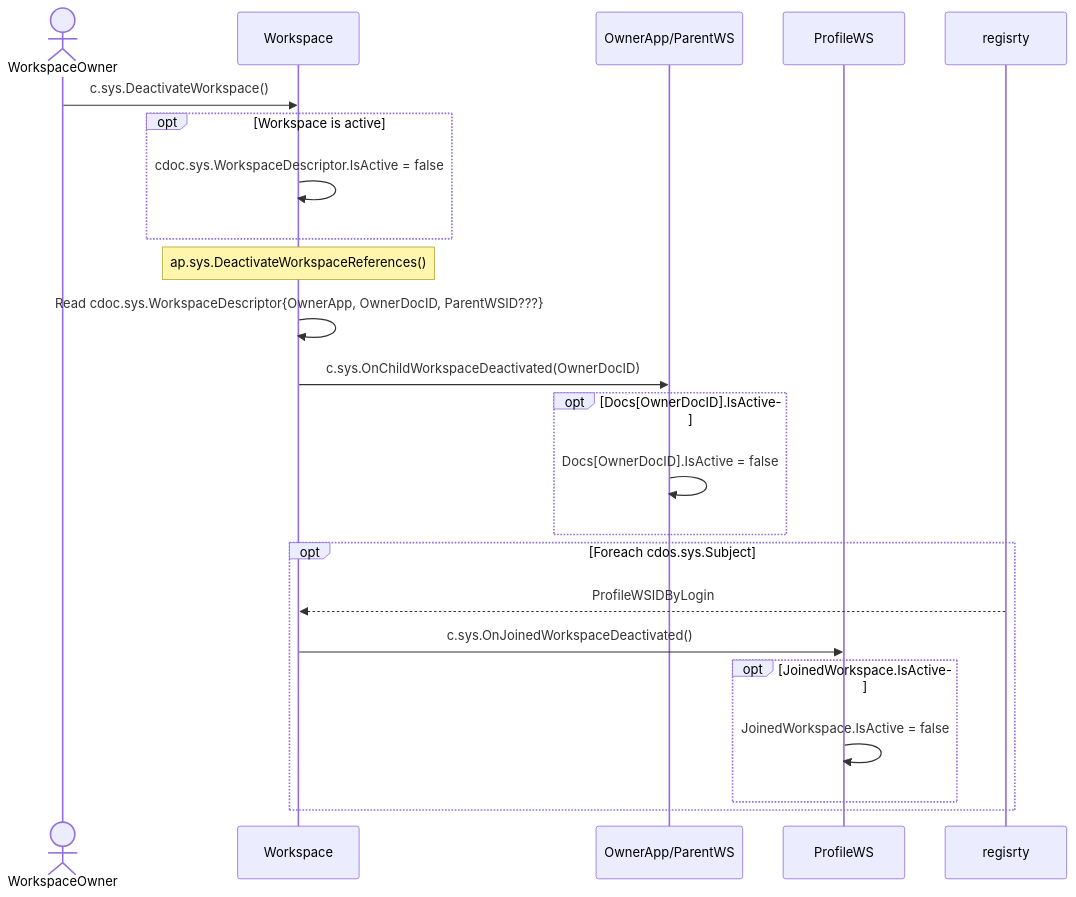
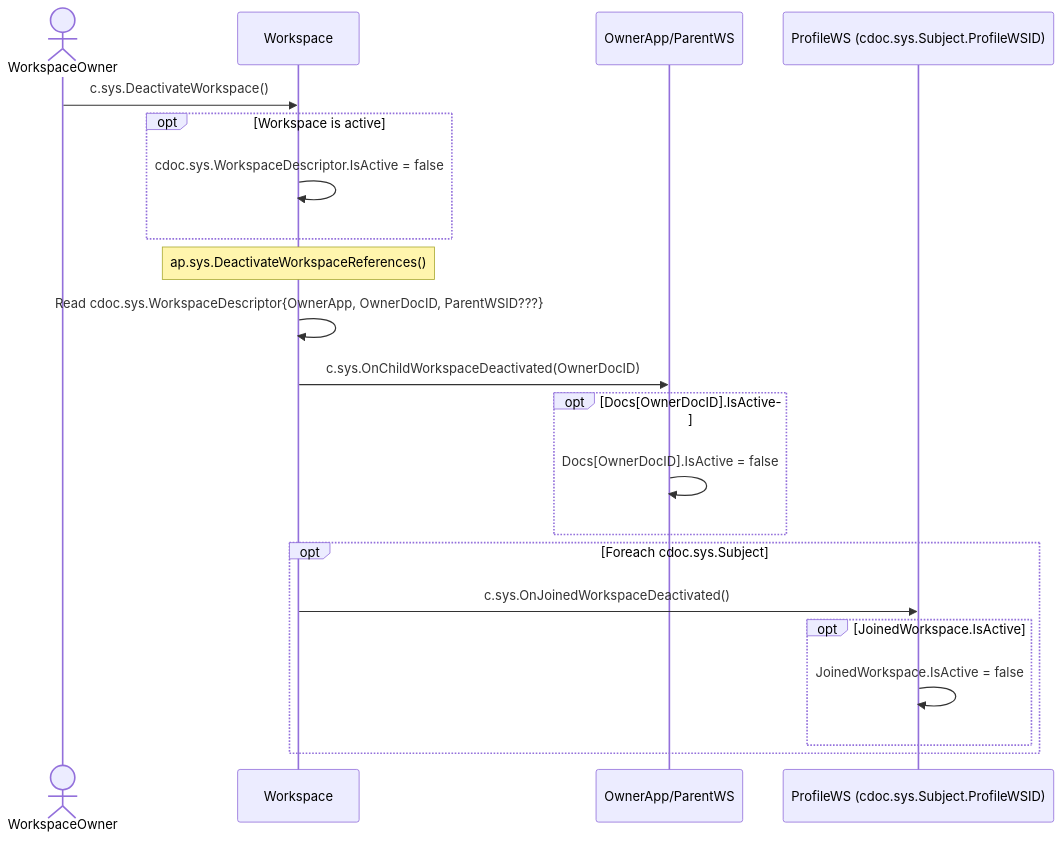
The second of 2 diagrams in design/workspaces/deactivate-workspace.md (voedger/voedger), drawn with Mermaid before and after one commit.

````diff
--- a/design/workspaces/deactivate-workspace.md
+++ b/design/workspaces/deactivate-workspace.md
@@ -40,31 +40,29 @@
 ```mermaid
     sequenceDiagram
 
     actor owner as WorkspaceOwner
     participant ws as Workspace
     participant parent as OwnerApp/ParentWS
-    participant profile as ProfileWS
-    participant registry as regisrty
+    participant profile as ProfileWS (cdoc.sys.Subject.ProfileWSID)
 
     owner ->> ws: c.sys.DeactivateWorkspace()
     opt Workspace is active
         ws ->> ws: cdoc.sys.WorkspaceDescriptor.IsActive = false
     end
 
     note over ws: ap.sys.DeactivateWorkspaceReferences()
     ws ->> ws: Read cdoc.sys.WorkspaceDescriptor{OwnerApp, OwnerDocID, ParentWSID???}
 
     ws ->> parent: c.sys.OnChildWorkspaceDeactivated(OwnerDocID)
 
     opt Docs[OwnerDocID].IsActive
       parent ->> parent: Docs[OwnerDocID].IsActive = false
     end
 
-    opt Foreach cdos.sys.Subject
-        registry -->> ws : ProfileWSIDByLogin
+    opt Foreach cdoc.sys.Subject
         ws ->> profile: c.sys.OnJoinedWorkspaceDeactivated()
         opt JoinedWorkspace.IsActive
           profile ->> profile: JoinedWorkspace.IsActive = false
         end
     end
 ```
````
